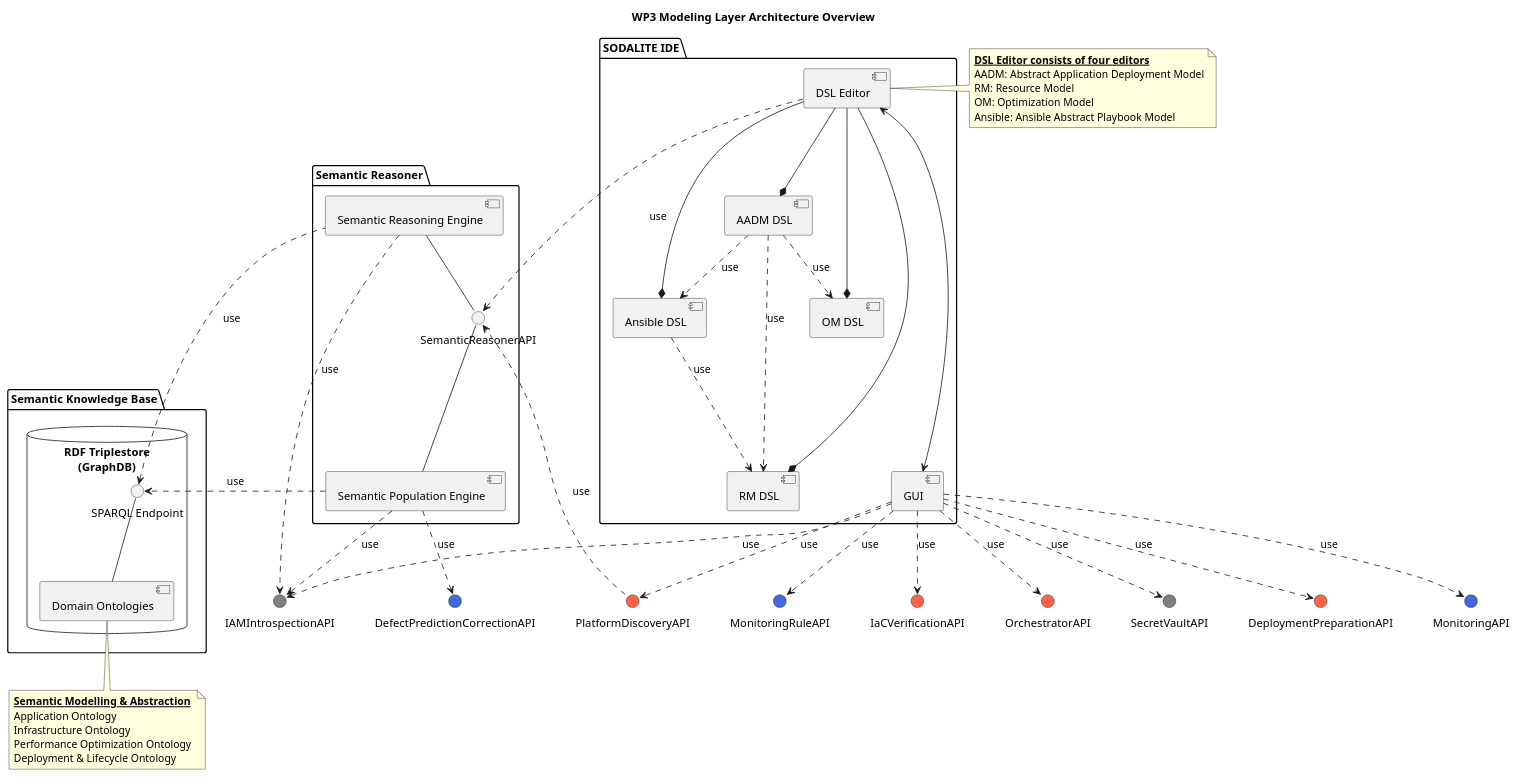
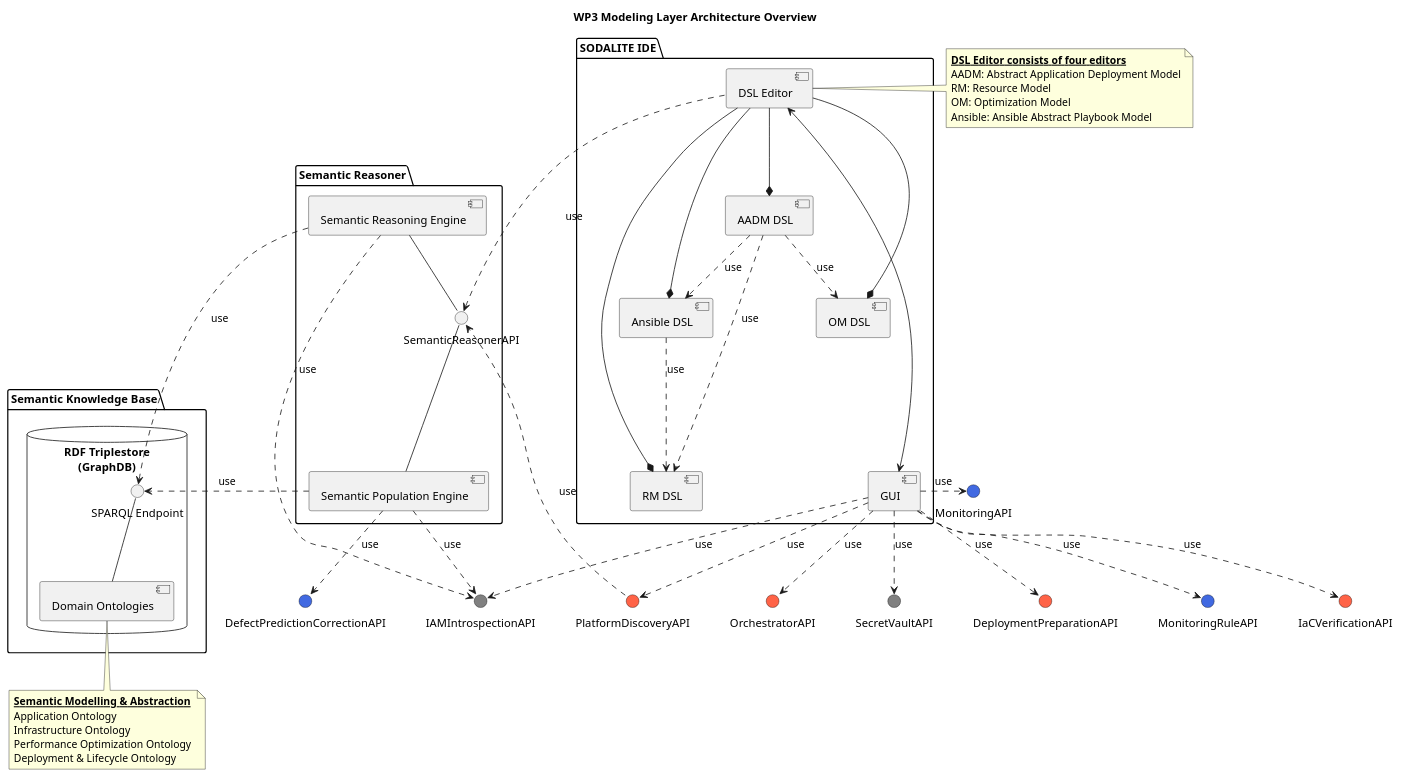
The diagram in uml/component-diagrams/CD-WP3-ArchitectureOverview.puml (SODALITE-EU/project-wide-documentation), drawn with PlantUML before and after one commit.

Commit message:
Update apis and editors

```diff
--- a/uml/component-diagrams/CD-WP3-ArchitectureOverview.puml
+++ b/uml/component-diagrams/CD-WP3-ArchitectureOverview.puml
@@ -1,84 +1,84 @@
 @startuml
 
 title WP3 Modeling Layer Architecture Overview
 
 interface "IAMIntrospectionAPI" as AAUAPI #808080
 interface "SecretVaultAPI" as SecretVaultAPI #808080
 interface "DeploymentPreparationAPI" as deploymentPreparationAPI #FF6347
 interface "DefectPredictionCorrectionAPI" as correctionAPI #4169E1
 interface "MonitoringAPI" as monitoringAPI #4169E1
 interface "MonitoringRuleAPI" as monitoringRuleAPI #4169E1
 interface "IaCVerificationAPI" as iacverificationAPI #FF6347
 interface "OrchestratorAPI" as orchestratorAPI #FF6347
 interface "PlatformDiscoveryAPI" as PDS #FF6347
 
 package "SODALITE IDE" as IDE {
     component [DSL Editor] as ideDSLeditor
     component [AADM DSL] as AADM
     component [RM DSL] as RM
     component [OM DSL] as OM
     component [Ansible DSL] as Ansible
 
     ideDSLeditor --* AADM
     ideDSLeditor --* RM
     ideDSLeditor --* OM
     ideDSLeditor --* Ansible
     AADM ..> Ansible: use
     AADM ..> RM: use
     AADM ..> OM: use
     Ansible ..> RM :use
     component [GUI] as ideGUI
 }
 
 note right of ideDSLeditor
    __**DSL Editor consists of four editors**__ 
    AADM: Abstract Application Deployment Model
    RM: Resource Model
    OM: Optimization Model
    Ansible: Ansible Abstract Playbook Model
 end note
 
 
 package "Semantic Reasoner" as res {
     interface "SemanticReasonerAPI" as resAPI
     component [Semantic Population Engine] as resPopulationEngine
     component [Semantic Reasoning Engine] as resReasoningEngine
 }
 
 package "Semantic Knowledge Base" as repo {
     database "RDF Triplestore\n(GraphDB)" as triplestore {
         interface "SPARQL Endpoint" as repoEndpoint
         component [Domain Ontologies] as repoOntologies
     }
 }
 
 note bottom of repoOntologies
    __**Semantic Modelling & Abstraction**__ 
    Application Ontology
    Infrastructure Ontology
    Performance Optimization Ontology
    Deployment & Lifecycle Ontology
 end note
 
 ideGUI ..> PDS : use
 PDS ..> resAPI : use
 resAPI -down- resPopulationEngine
 resAPI -up- resReasoningEngine
 ideDSLeditor .left..> resAPI: use
 ideDSLeditor <-down---> ideGUI 
 repoOntologies -up- repoEndpoint
 resPopulationEngine .right.> repoEndpoint: use
 resReasoningEngine .left.> repoEndpoint: use
 resReasoningEngine ..> AAUAPI: use
 resPopulationEngine ..> correctionAPI: use
 resPopulationEngine ..> AAUAPI: use
 ideGUI ..> deploymentPreparationAPI : use
-ideGUI ..> monitoringAPI : use
+ideGUI .> monitoringAPI : use
 ideGUI ..> monitoringRuleAPI : use
 ideGUI ..> iacverificationAPI : use
 ideGUI ..> SecretVaultAPI : use
 ideGUI ..> orchestratorAPI : use
 ideGUI ..> AAUAPI: use
 
 
 @enduml
```
